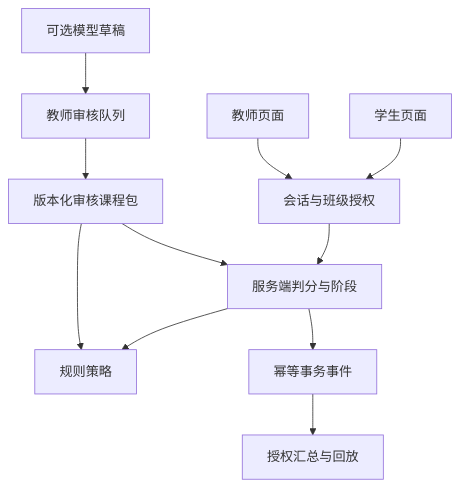
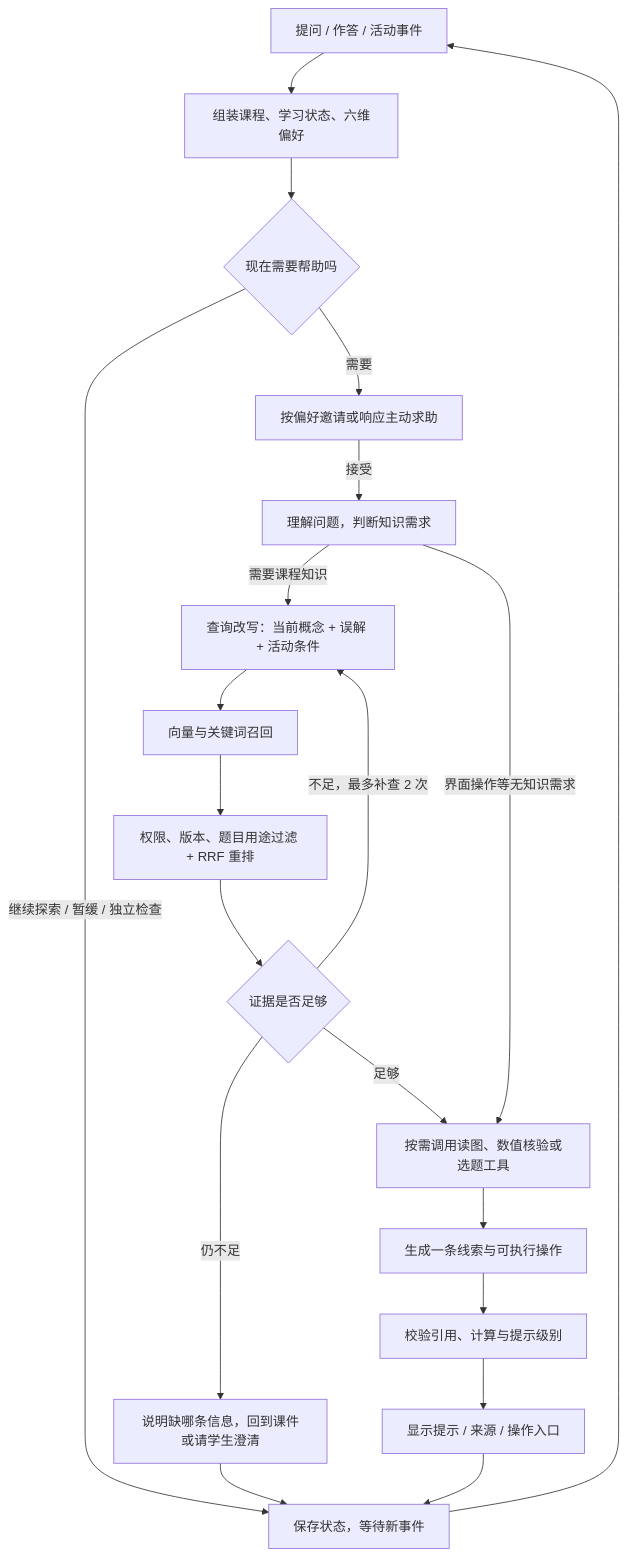
One commit to LJHSTO/edu-promaic changed the third of 3 diagrams in docs/software/architecture.md. Above: the diagram before and after it, drawn with Mermaid. The commit also changed other lines of this file and 50 other files, not shown here.

````diff
--- a/docs/software/architecture.md
+++ b/docs/software/architecture.md
@@ -104,13 +123,22 @@
 ```mermaid
 flowchart TD
-    S[学生页面] --> A[会话与班级授权]
-    T[教师页面] --> A
-    A --> P[服务端判分与阶段]
-    P --> R[规则策略]
-    P --> E[幂等事务事件]
-    C[版本化审核课程包] --> P
-    C --> R
-    E --> V[授权汇总与回放]
-    M[可选模型草稿] --> H[教师审核队列]
-    H --> C
+  E[提问 / 作答 / 活动事件] --> C[组装课程、学习状态、六维偏好]
+  C --> P{现在需要帮助吗}
+  P -->|继续探索 / 暂缓 / 独立检查| W[保存状态，等待新事件]
+  P -->|需要| I[按偏好邀请或响应主动求助]
+  I -->|接受| Q[理解问题，判断知识需求]
+  Q -->|需要课程知识| R[查询改写：当前概念 + 误解 + 活动条件]
+  R --> H[向量与关键词召回]
+  H --> F[权限、版本、题目用途过滤 + RRF 重排]
+  F --> S{证据是否足够}
+  S -->|不足，最多补查 2 次| R
+  S -->|仍不足| CL[说明缺哪条信息，回到课件或请学生澄清]
+  S -->|足够| T[按需调用读图、数值核验或选题工具]
+  Q -->|界面操作等无知识需求| T
+  T --> G[生成一条线索与可执行操作]
+  G --> V[校验引用、计算与提示级别]
+  V --> O[显示提示 / 来源 / 操作入口]
+  O --> W
+  CL --> W
+  W --> E
 ```
````
